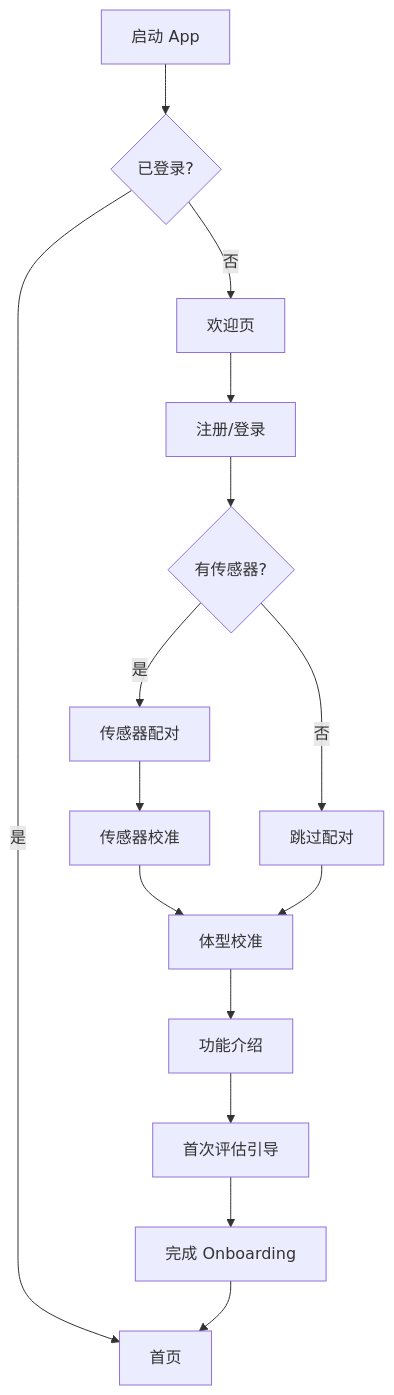
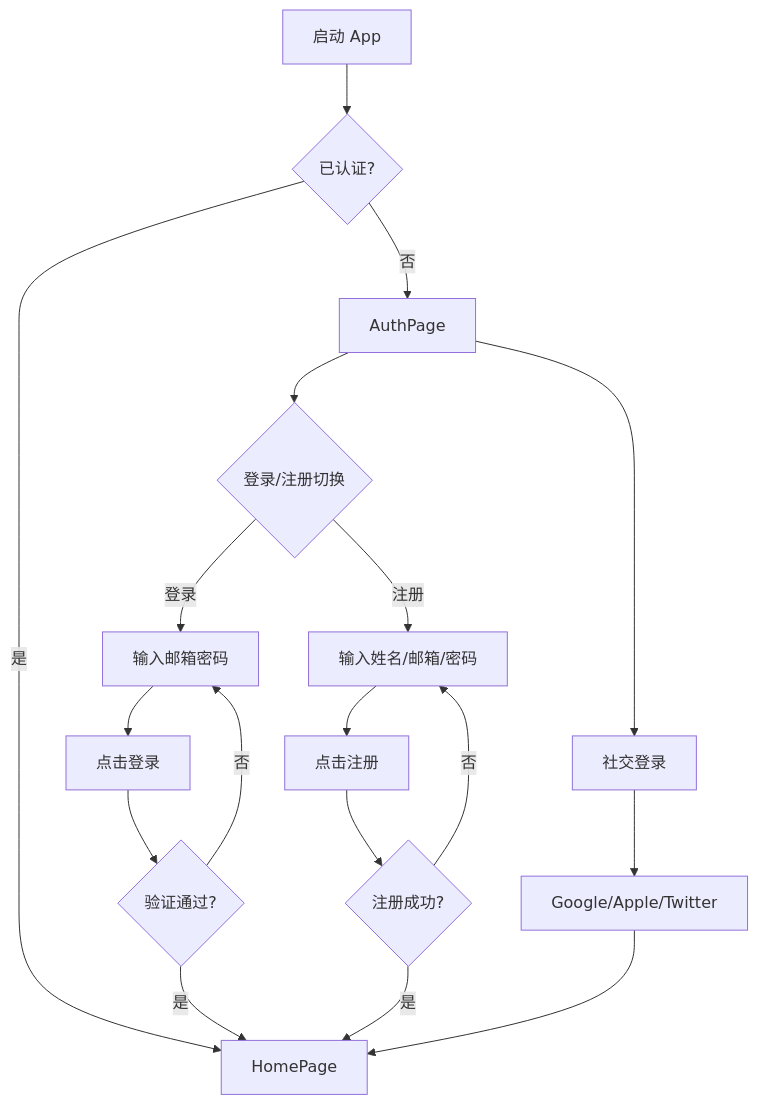
One commit to movement-chain-ai/movement-chain-docs changed the first of 5 diagrams in docs/zh/design/specs/ui/user-flows.md. Above: the diagram before and after it, drawn with Mermaid. The commit also changed other lines of this file and 5 other files, not shown here.

````diff
--- a/docs/zh/design/specs/ui/user-flows.md
+++ b/docs/zh/design/specs/ui/user-flows.md
@@ -41,21 +43,25 @@
 ```mermaid
 flowchart TD
-    A[启动 App] --> B{已登录?}
-    B -->|否| C[欢迎页]
-    B -->|是| M[首页]
+    A[启动 App] --> B{已认证?}
+    B -->|否| C[AuthPage]
+    B -->|是| M[HomePage]
 
-    C --> D[注册/登录]
-    D --> E{有传感器?}
+    C --> D{登录/注册切换}
+    D -->|登录| E[输入邮箱密码]
+    D -->|注册| F[输入姓名/邮箱/密码]
 
-    E -->|是| F[传感器配对]
-    E -->|否| G[跳过配对]
+    E --> G[点击登录]
+    F --> H[点击注册]
 
-    F --> H[传感器校准]
-    H --> I[体型校准]
-    G --> I
+    G --> I{验证通过?}
+    H --> J{注册成功?}
 
-    I --> J[功能介绍]
-    J --> K[首次评估引导]
-    K --> L[完成 Onboarding]
-    L --> M[首页]
+    I -->|是| M
+    I -->|否| E
+    J -->|是| M
+    J -->|否| F
+
+    C --> K[社交登录]
+    K --> L[Google/Apple/Twitter]
+    L --> M
 ```
````
